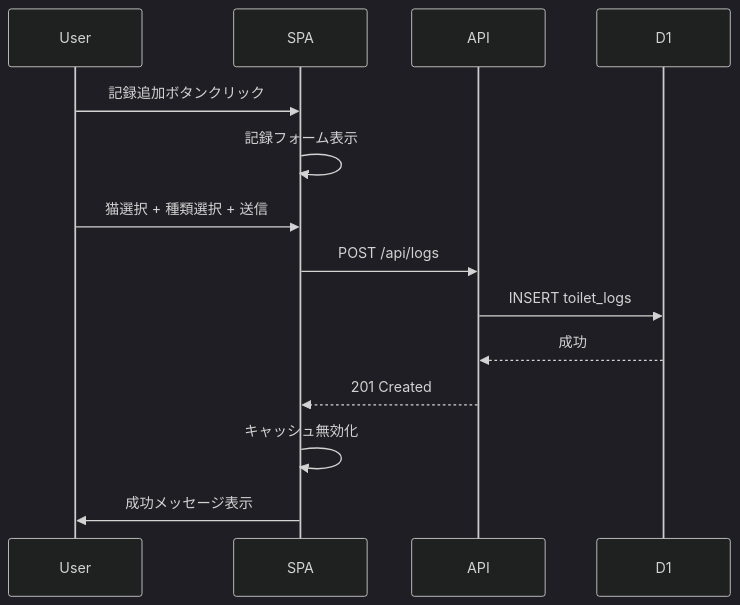
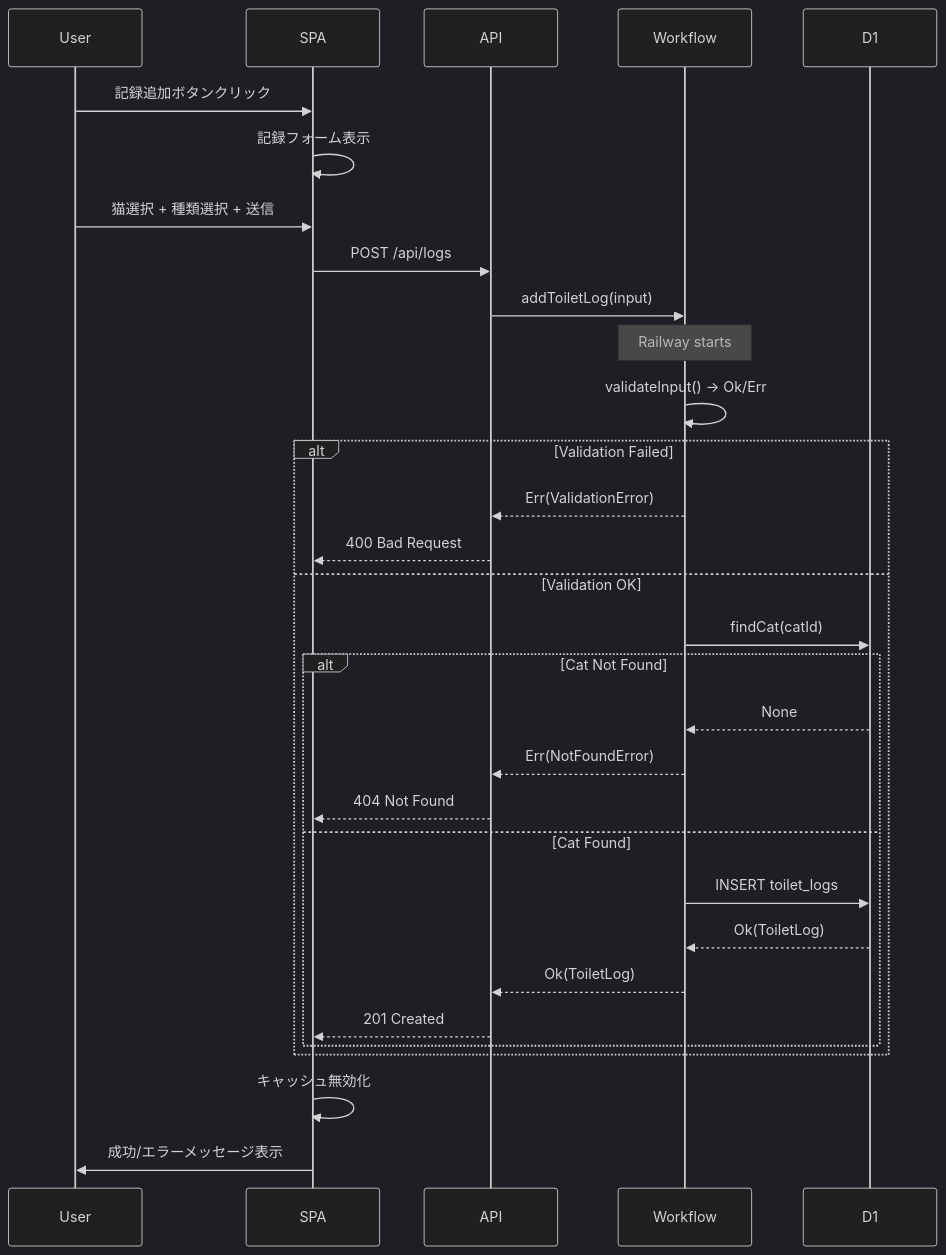
One commit to okayus/nekolog changed the fourth of 5 diagrams in .kiro/specs/cat-toilet-tracker/design.md. Above: the diagram before and after it, drawn with Mermaid (dark theme). The commit also changed other lines of this file and 10 other files, not shown here.

First line of the commit message:
Add DomainError types with neverthrow for Railway Oriented Programming

````diff
--- a/.kiro/specs/cat-toilet-tracker/design.md
+++ b/.kiro/specs/cat-toilet-tracker/design.md
@@ -343,17 +315,36 @@
 ```mermaid
 sequenceDiagram
     participant User
     participant SPA
     participant API
+    participant Workflow
     participant D1
 
     User->>SPA: 記録追加ボタンクリック
     SPA->>SPA: 記録フォーム表示
     User->>SPA: 猫選択 + 種類選択 + 送信
     SPA->>API: POST /api/logs
-    API->>D1: INSERT toilet_logs
-    D1-->>API: 成功
-    API-->>SPA: 201 Created
+    API->>Workflow: addToiletLog(input)
+
+    Note over Workflow: Railway starts
+    Workflow->>Workflow: validateInput() → Ok/Err
+    alt Validation Failed
+        Workflow-->>API: Err(ValidationError)
+        API-->>SPA: 400 Bad Request
+    else Validation OK
+        Workflow->>D1: findCat(catId)
+        alt Cat Not Found
+            D1-->>Workflow: None
+            Workflow-->>API: Err(NotFoundError)
+            API-->>SPA: 404 Not Found
+        else Cat Found
+            Workflow->>D1: INSERT toilet_logs
+            D1-->>Workflow: Ok(ToiletLog)
+            Workflow-->>API: Ok(ToiletLog)
+            API-->>SPA: 201 Created
+        end
+    end
+
     SPA->>SPA: キャッシュ無効化
-    SPA->>User: 成功メッセージ表示
+    SPA->>User: 成功/エラーメッセージ表示
 ```
````
